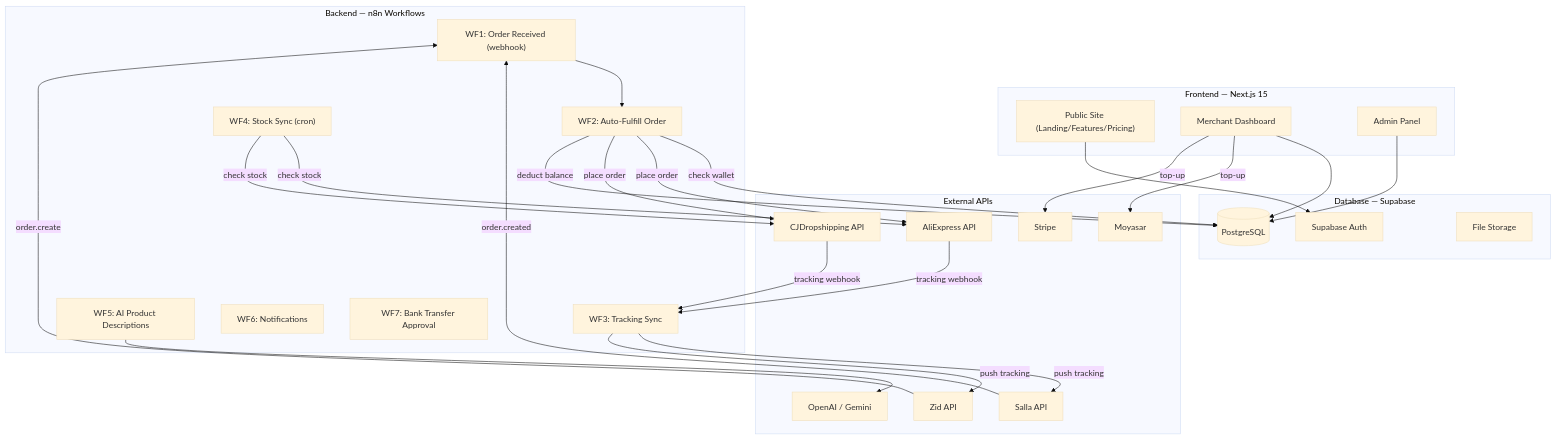
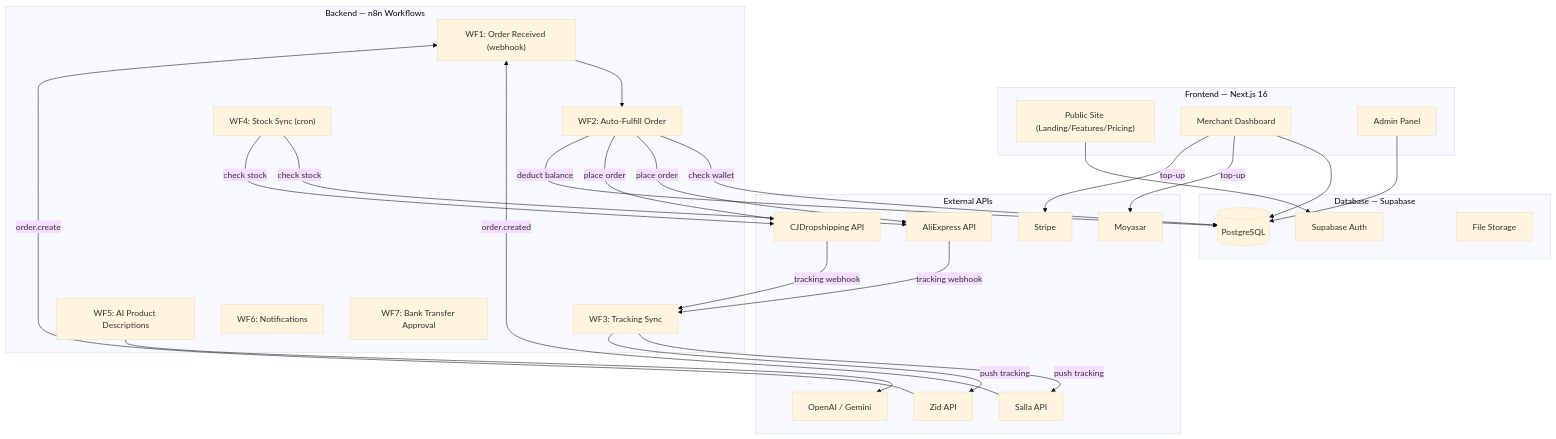
One commit to drjimmy1990/dropshipping changed the second of 4 diagrams in implementation_plan2.md. Above: the diagram before and after it, drawn with Mermaid (base theme). The commit also changed other lines of this file and 21 other files, not shown here.

````diff
--- a/implementation_plan2.md
+++ b/implementation_plan2.md
@@ -53,50 +54,50 @@
 ```mermaid
 graph TB
-    subgraph "Frontend — Next.js 15"
+    subgraph "Frontend — Next.js 16"
         PUB["Public Site (Landing/Features/Pricing)"]
         DASH["Merchant Dashboard"]
         ADMIN["Admin Panel"]
     end
 
     subgraph "Database — Supabase"
         DB[("PostgreSQL")]
         AUTH["Supabase Auth"]
         STORE["File Storage"]
     end
 
     subgraph "Backend — n8n Workflows"
         W1["WF1: Order Received (webhook)"]
         W2["WF2: Auto-Fulfill Order"]
         W3["WF3: Tracking Sync"]
         W4["WF4: Stock Sync (cron)"]
         W5["WF5: AI Product Descriptions"]
         W6["WF6: Notifications"]
         W7["WF7: Bank Transfer Approval"]
     end
 
     subgraph "External APIs"
         AE["AliExpress API"]
         CJ["CJDropshipping API"]
         SALLA["Salla API"]
         ZID["Zid API"]
         GPT["OpenAI / Gemini"]
         MOY["Moyasar"]
         STR["Stripe"]
     end
 
     PUB --> AUTH
     DASH --> DB
     ADMIN --> DB
 
     SALLA -->|"order.created"| W1
     ZID -->|"order.create"| W1
     W1 --> W2
     W2 -->|"check wallet"| DB
     W2 -->|"place order"| AE & CJ
     W2 -->|"deduct balance"| DB
     AE & CJ -->|"tracking webhook"| W3
     W3 -->|"push tracking"| SALLA & ZID
     W4 -->|"check stock"| AE & CJ
     W5 --> GPT
     DASH -->|"top-up"| MOY & STR
 ```
````
